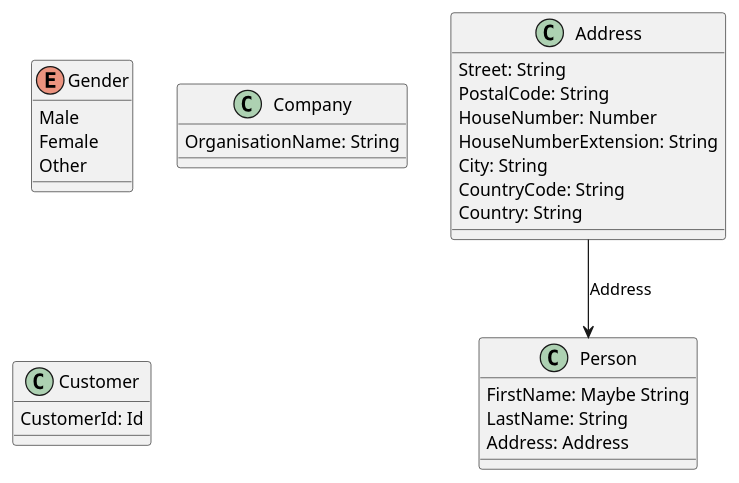
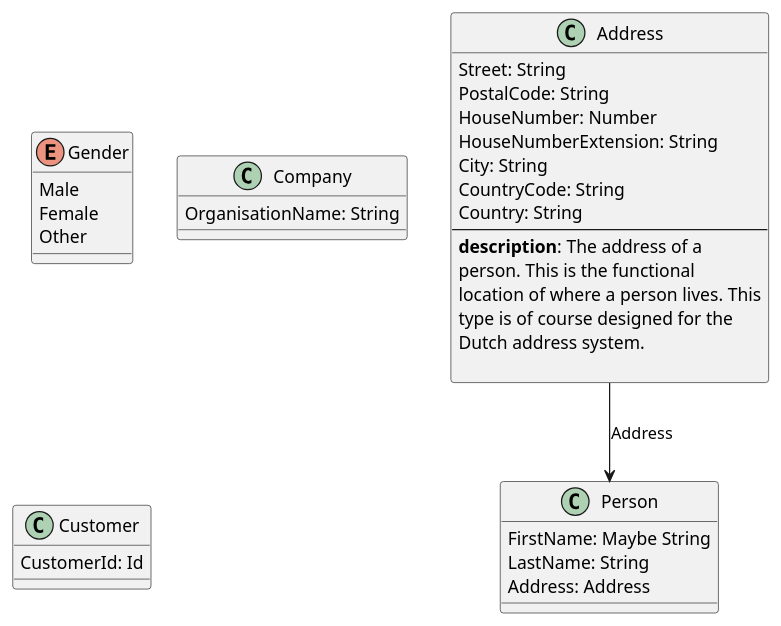
One commit to Baudin999/car-lang changed the diagram in Examples/.out/Customer/Customer.puml. Above: the diagram before and after it, drawn with PlantUML. The commit also changed 13 other files, not shown here.

```diff
--- a/Examples/.out/Customer/Customer.puml
+++ b/Examples/.out/Customer/Customer.puml
@@ -1,26 +1,33 @@
 class "Address" as Address  {
 	Street: String 
 	PostalCode: String 
 	HouseNumber: Number 
 	HouseNumberExtension: String 
 	City: String 
 	CountryCode: String 
 	Country: String 
+--
+  <b>description</b>: The address of a
+ person. This is the functional
+ location of where a person lives. This
+ type is of course designed for the
+ Dutch address system.
+    
 }
 class "Person" as Person  {
 	FirstName: Maybe String
 	LastName: String 
 	Address: Address 
 }
 Address --> Person : Address
 enum Gender {
 	Male
 	Female
 	Other
 }
 class "Company" as Company  {
 	OrganisationName: String 
 }
 class "Customer" as Customer  {
 	CustomerId: Id 
 }
```
